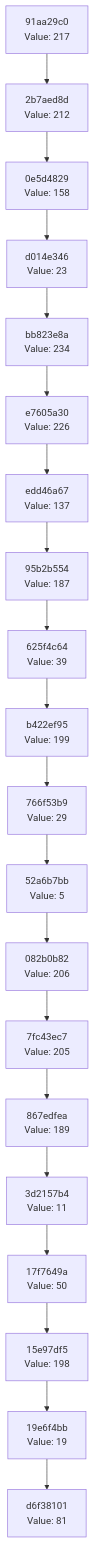
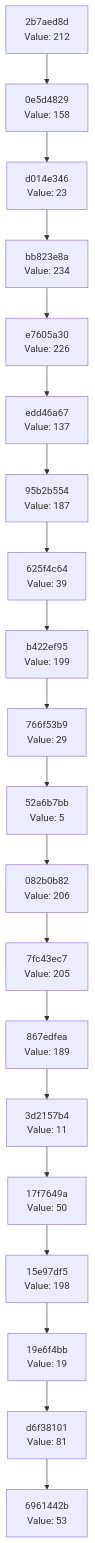
One commit to Abhisheksinha1506/hash-chain-evolver changed the diagram in docs/CHAIN_VISUALIZATION.md. Above: the diagram before and after it, drawn with Mermaid. The commit also changed 2 other files, not shown here.

Commit message:
Evolution step: hash 0x35 → action executed

````diff
--- a/docs/CHAIN_VISUALIZATION.md
+++ b/docs/CHAIN_VISUALIZATION.md
@@ -3,42 +3,42 @@
 ```mermaid
 graph TD
-    C0["d6f38101<br/>Value: 81"]
-    C1["19e6f4bb<br/>Value: 19"]
+    C0["6961442b<br/>Value: 53"]
+    C1["d6f38101<br/>Value: 81"]
     C1 --> C0
-    C2["15e97df5<br/>Value: 198"]
+    C2["19e6f4bb<br/>Value: 19"]
     C2 --> C1
-    C3["17f7649a<br/>Value: 50"]
+    C3["15e97df5<br/>Value: 198"]
     C3 --> C2
-    C4["3d2157b4<br/>Value: 11"]
+    C4["17f7649a<br/>Value: 50"]
     C4 --> C3
-    C5["867edfea<br/>Value: 189"]
+    C5["3d2157b4<br/>Value: 11"]
     C5 --> C4
-    C6["7fc43ec7<br/>Value: 205"]
+    C6["867edfea<br/>Value: 189"]
     C6 --> C5
-    C7["082b0b82<br/>Value: 206"]
+    C7["7fc43ec7<br/>Value: 205"]
     C7 --> C6
-    C8["52a6b7bb<br/>Value: 5"]
+    C8["082b0b82<br/>Value: 206"]
     C8 --> C7
-    C9["766f53b9<br/>Value: 29"]
+    C9["52a6b7bb<br/>Value: 5"]
     C9 --> C8
-    C10["b422ef95<br/>Value: 199"]
+    C10["766f53b9<br/>Value: 29"]
     C10 --> C9
-    C11["625f4c64<br/>Value: 39"]
+    C11["b422ef95<br/>Value: 199"]
     C11 --> C10
-    C12["95b2b554<br/>Value: 187"]
+    C12["625f4c64<br/>Value: 39"]
     C12 --> C11
-    C13["edd46a67<br/>Value: 137"]
+    C13["95b2b554<br/>Value: 187"]
     C13 --> C12
-    C14["e7605a30<br/>Value: 226"]
+    C14["edd46a67<br/>Value: 137"]
     C14 --> C13
-    C15["bb823e8a<br/>Value: 234"]
+    C15["e7605a30<br/>Value: 226"]
     C15 --> C14
-    C16["d014e346<br/>Value: 23"]
+    C16["bb823e8a<br/>Value: 234"]
     C16 --> C15
-    C17["0e5d4829<br/>Value: 158"]
+    C17["d014e346<br/>Value: 23"]
     C17 --> C16
-    C18["2b7aed8d<br/>Value: 212"]
+    C18["0e5d4829<br/>Value: 158"]
     C18 --> C17
-    C19["91aa29c0<br/>Value: 217"]
+    C19["2b7aed8d<br/>Value: 212"]
     C19 --> C18
 ```
````
